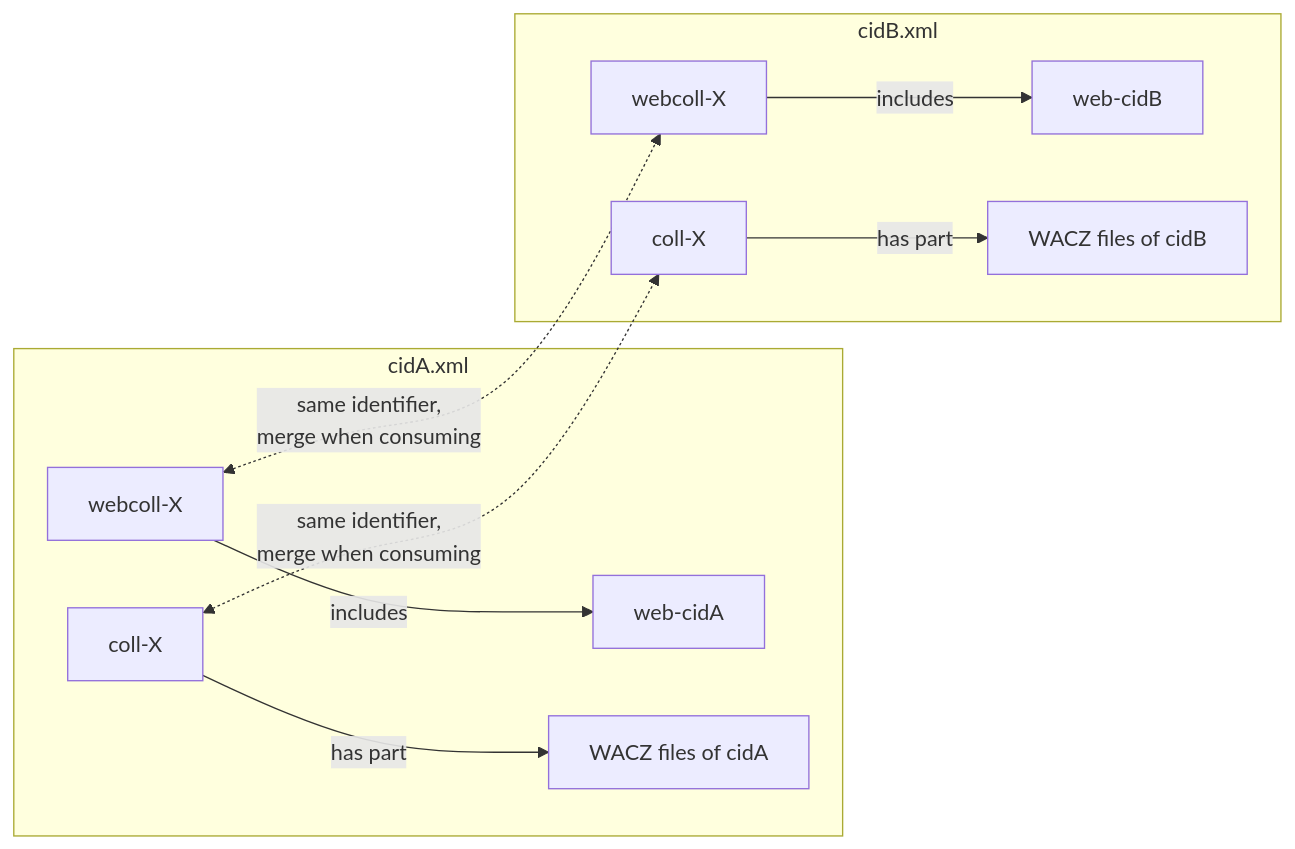
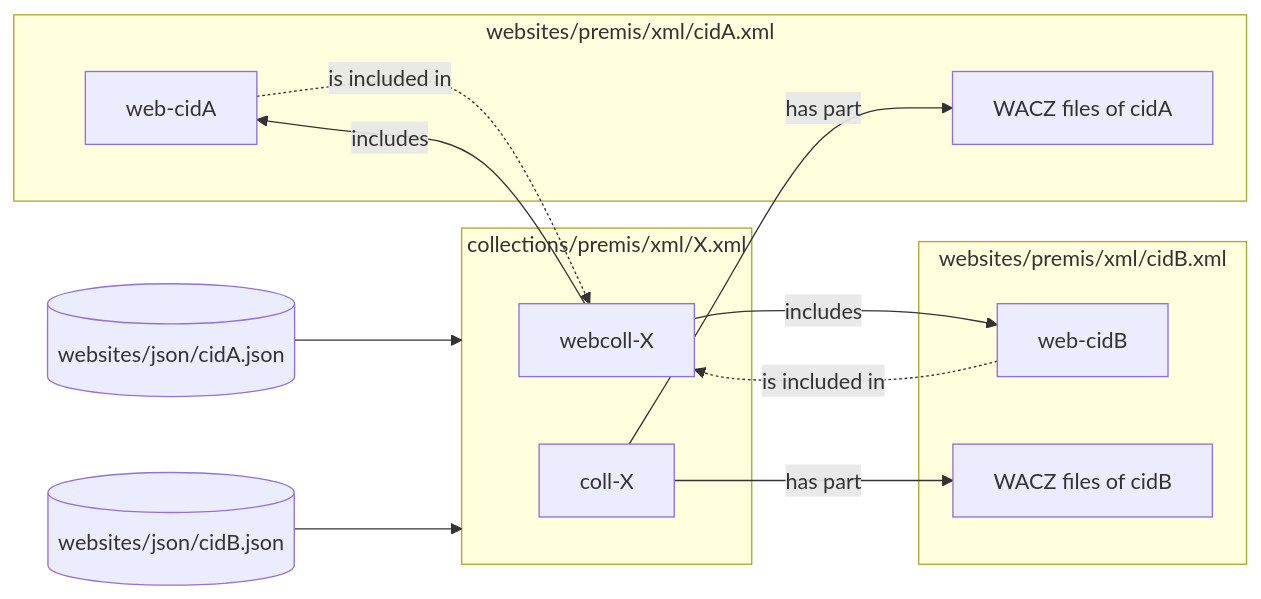
Before and after one commit to dla-marbach/btc2premis: the fifth of 5 diagrams in docs/README.md, drawn with Mermaid. The commit also changed other lines of this file and 13 other files, not shown here.

First line of the commit message:
Split output into websites/ and collections/ folders

````diff
--- a/docs/README.md
+++ b/docs/README.md
@@ -439,13 +497,21 @@
 ```mermaid
 flowchart LR
-  subgraph DA["cidA.xml"]
-    A_WC["webcoll-X"] -- includes --> A_WEB["web-cidA"]
-    A_CO["coll-X"] -- has part --> A_W["WACZ files of cidA"]
+  subgraph DA["websites/premis/xml/cidA.xml"]
+    A_WEB["web-cidA"]
+    A_W["WACZ files of cidA"]
   end
-  subgraph DB["cidB.xml"]
-    B_WC["webcoll-X"] -- includes --> B_WEB["web-cidB"]
-    B_CO["coll-X"] -- has part --> B_W["WACZ files of cidB"]
+  subgraph DB["websites/premis/xml/cidB.xml"]
+    B_WEB["web-cidB"]
+    B_W["WACZ files of cidB"]
   end
-  A_WC <-. "same identifier,<br/>merge when consuming" .-> B_WC
-  A_CO <-. "same identifier,<br/>merge when consuming" .-> B_CO
+  subgraph DC["collections/premis/xml/X.xml"]
+    WC["webcoll-X"]
+    CO["coll-X"]
+  end
+  JA[("websites/json/cidA.json")] --> DC
+  JB[("websites/json/cidB.json")] --> DC
+  WC -- includes --> A_WEB & B_WEB
+  CO -- has part --> A_W & B_W
+  A_WEB -. "is included in" .-> WC
+  B_WEB -. "is included in" .-> WC
 ```
````
